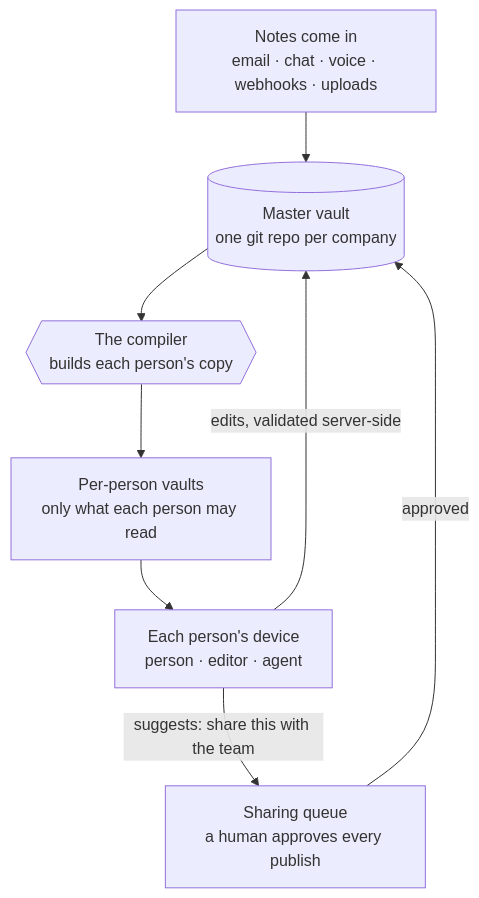
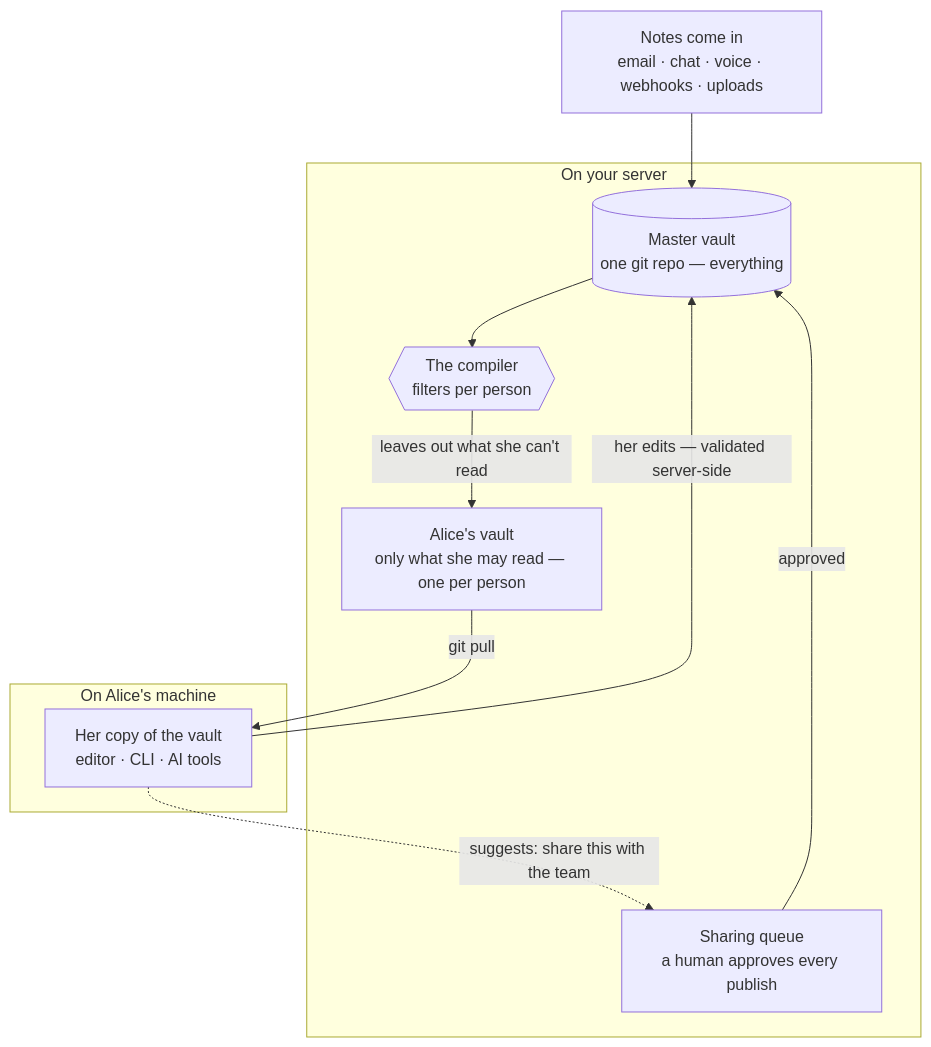
Before and after one commit to joedanz/brainkit: the diagram in README.md, drawn with Mermaid.

Commit message:
docs: make the README diagram show where things live
Group the flowchart by location — "On your server" vs "On Alice's
machine" — so the structural guarantee is visible at a glance: the
master vault, compiler, and sharing queue never leave the server;
the only thing that reaches a person's machine is their already-
filtered copy. Follow one concrete person (Alice, matching the Try-it
example), label every edge, and dash the optional share-suggestion
path. Validated with the Mermaid renderer.

Claude-Session: https://claude.ai/code/session_013F8c5BknxPNcQLUYZ51Nf7

````diff
--- a/README.md
+++ b/README.md
@@ -29,17 +29,23 @@
 ```mermaid
 flowchart TB
     In["Notes come in<br/>email · chat · voice · webhooks · uploads"]
-    M[("Master vault<br/>one git repo per company")]
-    C{{"The compiler<br/>builds each person's copy"}}
-    V["Per-person vaults<br/>only what each person may read"]
-    E["Each person's device<br/>person · editor · agent"]
-    Q["Sharing queue<br/>a human approves every publish"]
+
+    subgraph server["On your server"]
+        M[("Master vault<br/>one git repo — everything")]
+        C{{"The compiler<br/>filters per person"}}
+        V["Alice's vault<br/>only what she may read — one per person"]
+        Q["Sharing queue<br/>a human approves every publish"]
+    end
+
+    subgraph laptop["On Alice's machine"]
+        E["Her copy of the vault<br/>editor · CLI · AI tools"]
+    end
 
     In --> M
     M --> C
-    C --> V
-    V --> E
-    E -->|"edits, validated server-side"| M
-    E -->|"suggests: share this with the team"| Q
-    Q -->|approved| M
+    C -->|"leaves out what she can't read"| V
+    V -->|"git pull"| E
+    E -->|"her edits — validated server-side"| M
+    E -.->|"suggests: share this with the team"| Q
+    Q -->|"approved"| M
 ```
````
